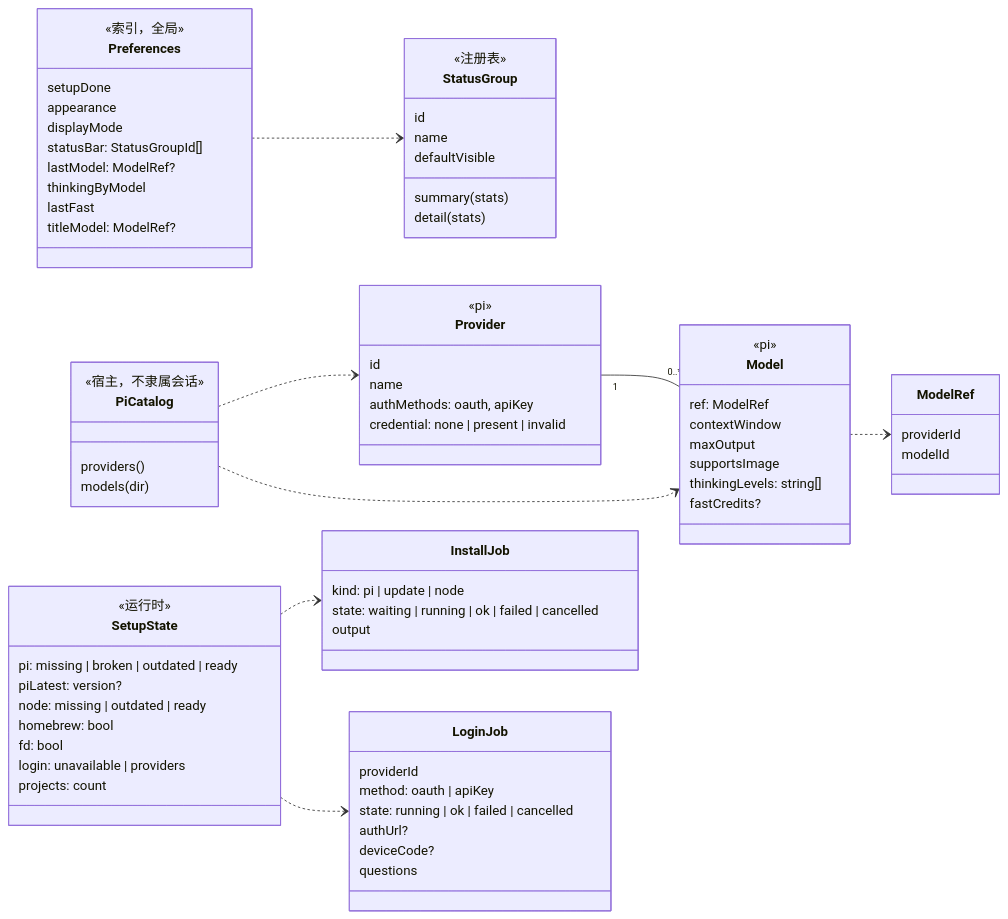
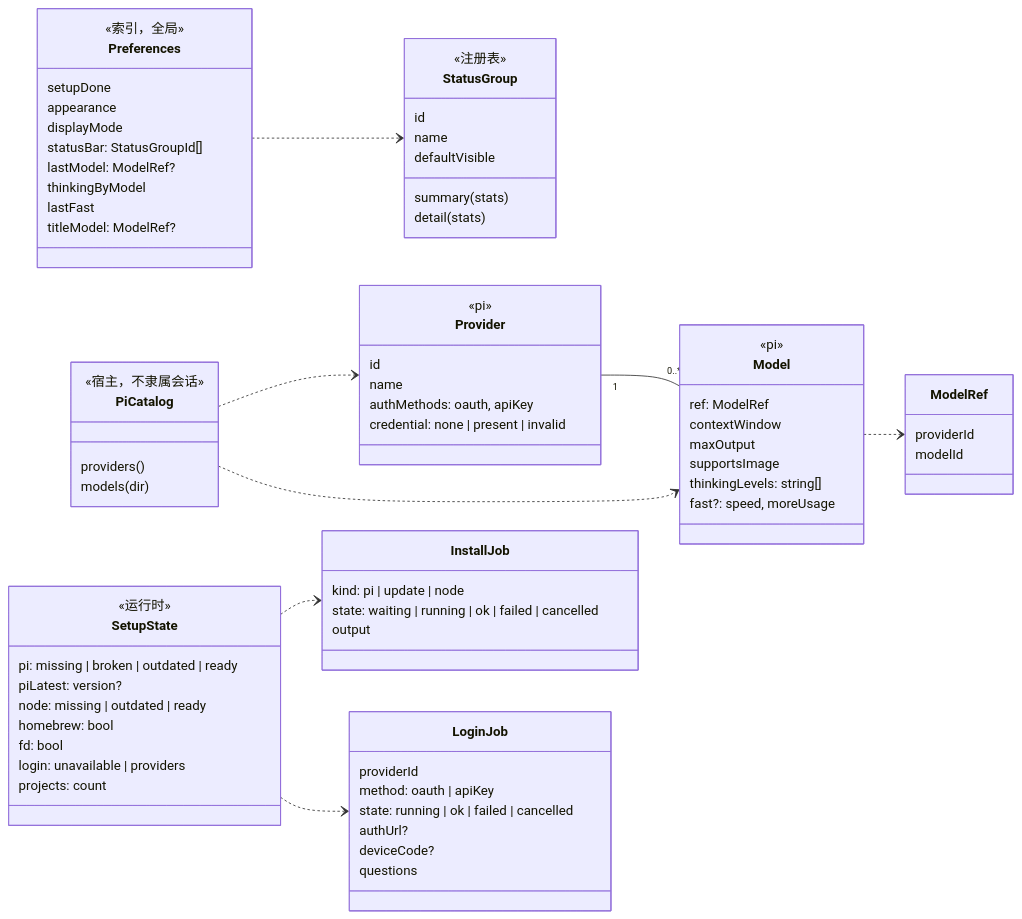
The fifth of 7 diagrams in docs/architecture/domain-model.md (Wan-Kai/atrium), drawn with Mermaid before and after one commit. The commit also changed other lines of this file and 42 other files, not shown here.

````diff
--- a/docs/architecture/domain-model.md
+++ b/docs/architecture/domain-model.md
@@ -460,78 +460,78 @@
 ```mermaid
 classDiagram
     direction LR
     class ModelRef {
       providerId
       modelId
     }
     class Provider {
       <<pi>>
       id
       name
       authMethods: oauth, apiKey
       credential: none | present | invalid
     }
     class Model {
       <<pi>>
       ref: ModelRef
       contextWindow
       maxOutput
       supportsImage
       thinkingLevels: string[]
-      fastCredits?
+      fast?: speed, moreUsage
     }
     class PiCatalog {
       <<宿主，不隶属会话>>
       providers()
       models(dir)
     }
     class Preferences {
       <<索引，全局>>
       setupDone
       appearance
       displayMode
       statusBar: StatusGroupId[]
       lastModel: ModelRef?
       thinkingByModel
       lastFast
       titleModel: ModelRef?
     }
     class StatusGroup {
       <<注册表>>
       id
       name
       defaultVisible
       summary(stats)
       detail(stats)
     }
     class SetupState {
       <<运行时>>
       pi: missing | broken | outdated | ready
       piLatest: version?
       node: missing | outdated | ready
       homebrew: bool
       fd: bool
       login: unavailable | providers
       projects: count
     }
     class InstallJob {
       kind: pi | update | node
       state: waiting | running | ok | failed | cancelled
       output
     }
     class LoginJob {
       providerId
       method: oauth | apiKey
       state: running | ok | failed | cancelled
       authUrl?
       deviceCode?
       questions
     }
     PiCatalog ..> Provider
     PiCatalog ..> Model
     Provider "1" -- "0..*" Model
     Model ..> ModelRef
     Preferences ..> StatusGroup
     SetupState ..> InstallJob
     SetupState ..> LoginJob
 ```
````
